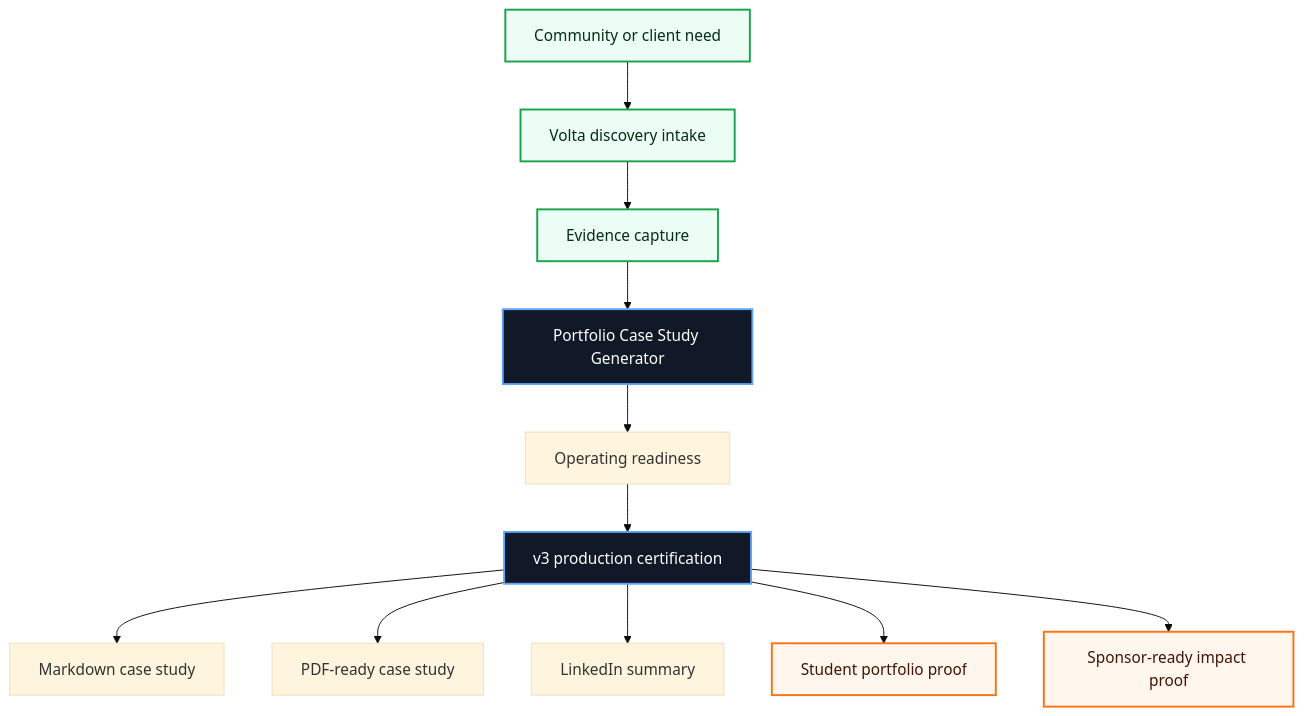
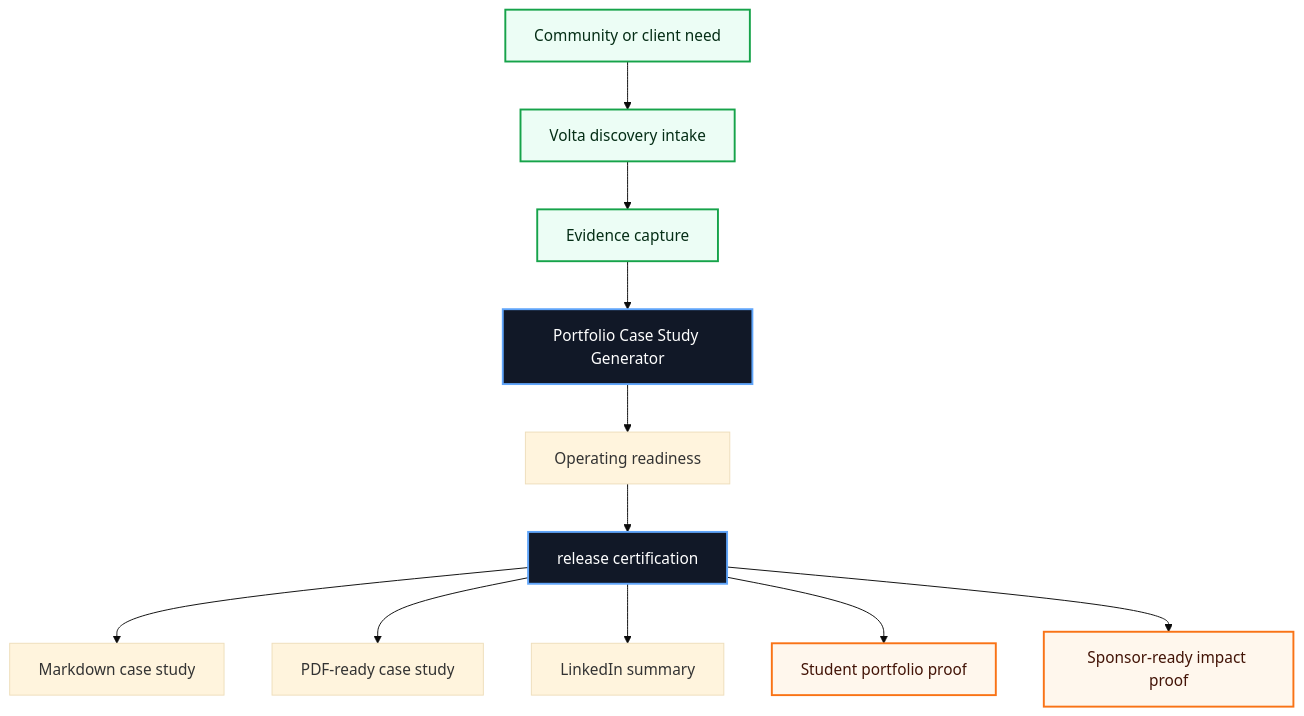
The first of 3 diagrams in README.md (volta-npo/portfolio-case-study-generator), drawn with Mermaid (base theme) before and after one commit. The commit also changed other lines of this file and 28 other files, not shown here.

````diff
--- a/README.md
+++ b/README.md
@@ -43,20 +43,20 @@
 ```mermaid
 flowchart TD
     Need["Community or client need"] --> Intake["Volta discovery intake"]
     Intake --> Evidence["Evidence capture"]
     Evidence --> Workbench["Portfolio Case Study Generator"]
     Workbench --> Score["Operating readiness"]
-    Score --> Cert["v3 production certification"]
+    Score --> Cert["release certification"]
     Cert --> A1["Markdown case study"]
     Cert --> A2["PDF-ready case study"]
     Cert --> A3["LinkedIn summary"]
     Cert --> Student["Student portfolio proof"]
     Cert --> Sponsor["Sponsor-ready impact proof"]
 
     classDef volta fill:#111827,stroke:#60a5fa,color:#ffffff,stroke-width:2px;
     classDef equity fill:#ecfdf5,stroke:#16a34a,color:#052e16,stroke-width:2px;
     classDef proof fill:#fff7ed,stroke:#f97316,color:#431407,stroke-width:2px;
     class Workbench,Cert volta;
     class Need,Intake,Evidence equity;
     class Student,Sponsor proof;
 ```
````
